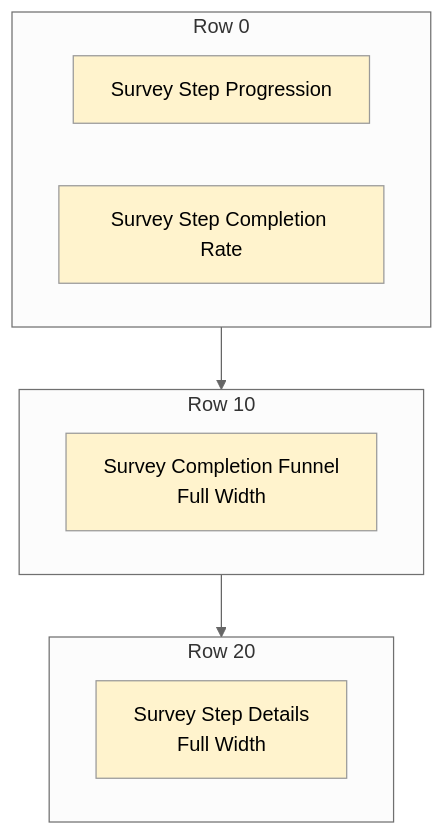
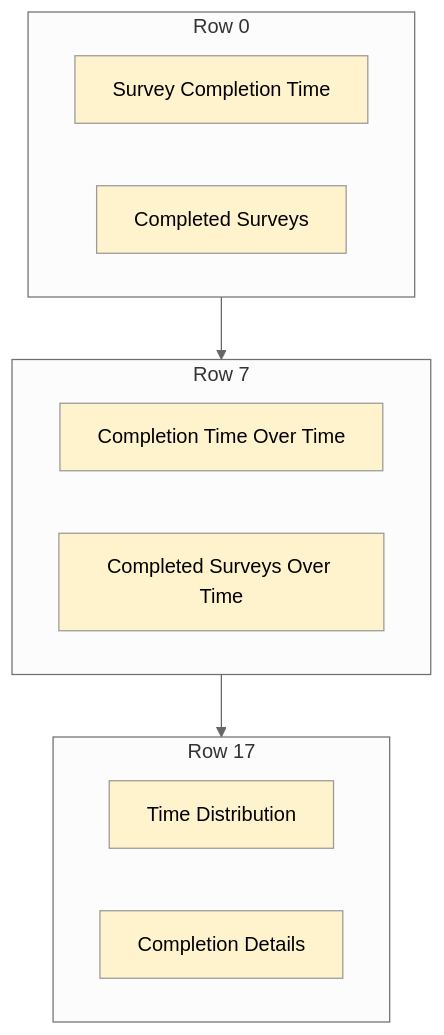
The eighth of 9 diagrams in docs/Analytics_Metrics_Tracker.md (bcgov/epic-engage), drawn with Mermaid (neutral theme) before and after one commit. The commit also changed other lines of this file, not shown here.

Commit message:
docs: update Analytics Metrics Tracker with Row 16 Survey Completion Time

````diff
--- a/docs/Analytics_Metrics_Tracker.md
+++ b/docs/Analytics_Metrics_Tracker.md
@@ -348,23 +361,27 @@
 ```mermaid
 graph TD
     subgraph Row_0[Row 0]
-        A1[Survey Step Progression]
-        A2[Survey Step Completion Rate]
+        A1[Survey Completion Time]
+        A2[Completed Surveys]
     end
     
-    subgraph Row_10[Row 10]
-        B1[Survey Completion Funnel<br/>Full Width]
+    subgraph Row_7[Row 7]
+        B1[Completion Time Over Time]
+        B2[Completed Surveys Over Time]
     end
     
-    subgraph Row_20[Row 20]
-        C1[Survey Step Details<br/>Full Width]
+    subgraph Row_17[Row 17]
+        C1[Time Distribution]
+        C2[Completion Details]
     end
     
-    Row_0 --> Row_10
-    Row_10 --> Row_20
+    Row_0 --> Row_7
+    Row_7 --> Row_17
     
     style A1 fill:#fff3cd
     style A2 fill:#fff3cd
     style B1 fill:#fff3cd
+    style B2 fill:#fff3cd
     style C1 fill:#fff3cd
+    style C2 fill:#fff3cd
 ```
````
